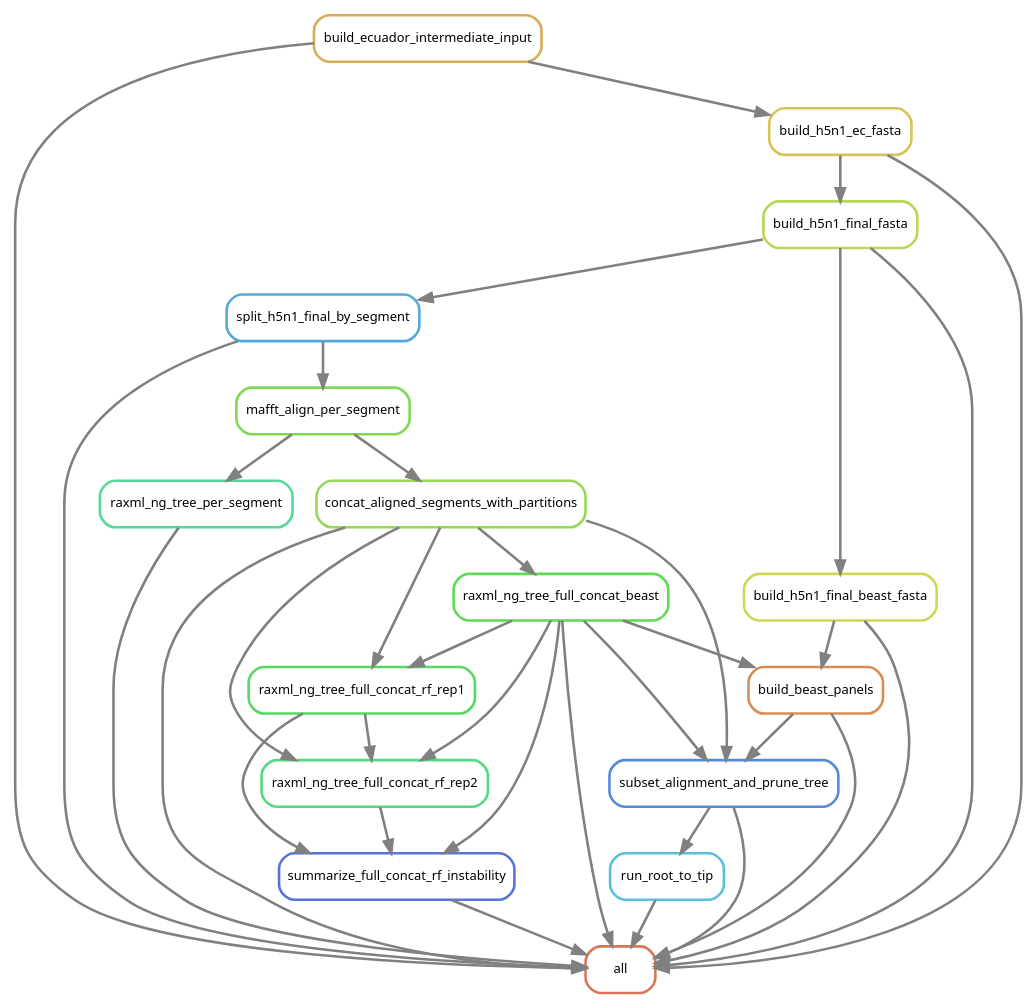
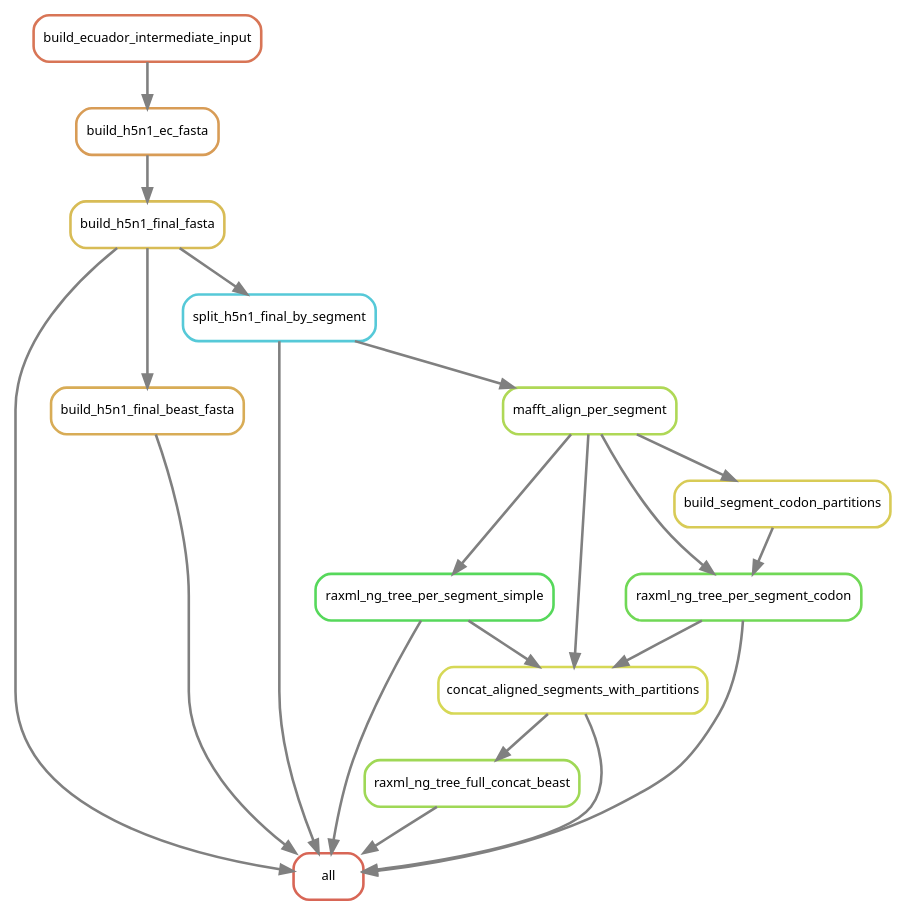
Before and after one commit to Sebysemily/Flu: the diagram in analysis/pipeline_rulegraph.dot, drawn with Graphviz. The commit also changed 25 other files, not shown here.

Commit message:
refractored pipeline to better reflect the flow of initial steps and added per codon partition to better support ml trees

```diff
--- a/analysis/pipeline_rulegraph.dot
+++ b/analysis/pipeline_rulegraph.dot
@@ -1,55 +1,37 @@
 digraph snakemake_dag {
     graph[bgcolor=white, margin=0];
     node[shape=box, style=rounded, fontname=sans,                 fontsize=10, penwidth=2];
     edge[penwidth=2, color=grey];
-	0[label = "all", color = "0.04 0.6 0.85", style="rounded"];
-	1[label = "build_ecuador_intermediate_input", color = "0.11 0.6 0.85", style="rounded"];
-	2[label = "build_h5n1_ec_fasta", color = "0.14 0.6 0.85", style="rounded"];
-	3[label = "build_h5n1_final_fasta", color = "0.21 0.6 0.85", style="rounded"];
-	4[label = "build_h5n1_final_beast_fasta", color = "0.18 0.6 0.85", style="rounded"];
-	5[label = "concat_aligned_segments_with_partitions", color = "0.25 0.6 0.85", style="rounded"];
-	6[label = "mafft_align_per_segment", color = "0.28 0.6 0.85", style="rounded"];
-	7[label = "split_h5n1_final_by_segment", color = "0.56 0.6 0.85", style="rounded"];
-	8[label = "raxml_ng_tree_full_concat_beast", color = "0.32 0.6 0.85", style="rounded"];
-	9[label = "summarize_full_concat_rf_instability", color = "0.63 0.6 0.85", style="rounded"];
-	10[label = "raxml_ng_tree_full_concat_rf_rep1", color = "0.35 0.6 0.85", style="rounded"];
-	11[label = "raxml_ng_tree_full_concat_rf_rep2", color = "0.39 0.6 0.85", style="rounded"];
-	12[label = "build_beast_panels", color = "0.07 0.6 0.85", style="rounded"];
-	13[label = "subset_alignment_and_prune_tree", color = "0.60 0.6 0.85", style="rounded"];
-	14[label = "run_root_to_tip", color = "0.53 0.6 0.85", style="rounded"];
-	15[label = "raxml_ng_tree_per_segment", color = "0.42 0.6 0.85", style="rounded"];
+	0[label = "all", color = "0.02 0.6 0.85", style="rounded"];
+	1[label = "build_h5n1_final_fasta", color = "0.13 0.6 0.85", style="rounded"];
+	2[label = "build_h5n1_ec_fasta", color = "0.09 0.6 0.85", style="rounded"];
+	3[label = "build_ecuador_intermediate_input", color = "0.04 0.6 0.85", style="rounded"];
+	4[label = "build_h5n1_final_beast_fasta", color = "0.11 0.6 0.85", style="rounded"];
+	5[label = "concat_aligned_segments_with_partitions", color = "0.17 0.6 0.85", style="rounded"];
+	6[label = "mafft_align_per_segment", color = "0.22 0.6 0.85", style="rounded"];
+	7[label = "split_h5n1_final_by_segment", color = "0.52 0.6 0.85", style="rounded"];
+	8[label = "raxml_ng_tree_per_segment_codon", color = "0.30 0.6 0.85", style="rounded"];
+	9[label = "build_segment_codon_partitions", color = "0.15 0.6 0.85", style="rounded"];
+	10[label = "raxml_ng_tree_per_segment_simple", color = "0.34 0.6 0.85", style="rounded"];
+	11[label = "raxml_ng_tree_full_concat_beast", color = "0.24 0.6 0.85", style="rounded"];
+	8 -> 0
+	1 -> 0
+	11 -> 0
+	5 -> 0
 	7 -> 0
-	9 -> 0
-	3 -> 0
-	5 -> 0
-	1 -> 0
-	15 -> 0
-	12 -> 0
-	14 -> 0
-	2 -> 0
 	4 -> 0
-	13 -> 0
-	8 -> 0
-	1 -> 2
-	2 -> 3
-	3 -> 4
+	10 -> 0
+	2 -> 1
+	3 -> 2
+	1 -> 4
 	6 -> 5
+	8 -> 5
+	10 -> 5
 	7 -> 6
-	3 -> 7
-	5 -> 8
-	11 -> 9
-	10 -> 9
-	8 -> 9
-	5 -> 10
-	8 -> 10
+	1 -> 7
+	6 -> 8
+	9 -> 8
+	6 -> 9
+	6 -> 10
 	5 -> 11
-	10 -> 11
-	8 -> 11
-	4 -> 12
-	8 -> 12
-	5 -> 13
-	12 -> 13
-	8 -> 13
-	13 -> 14
-	6 -> 15
 }            
```
